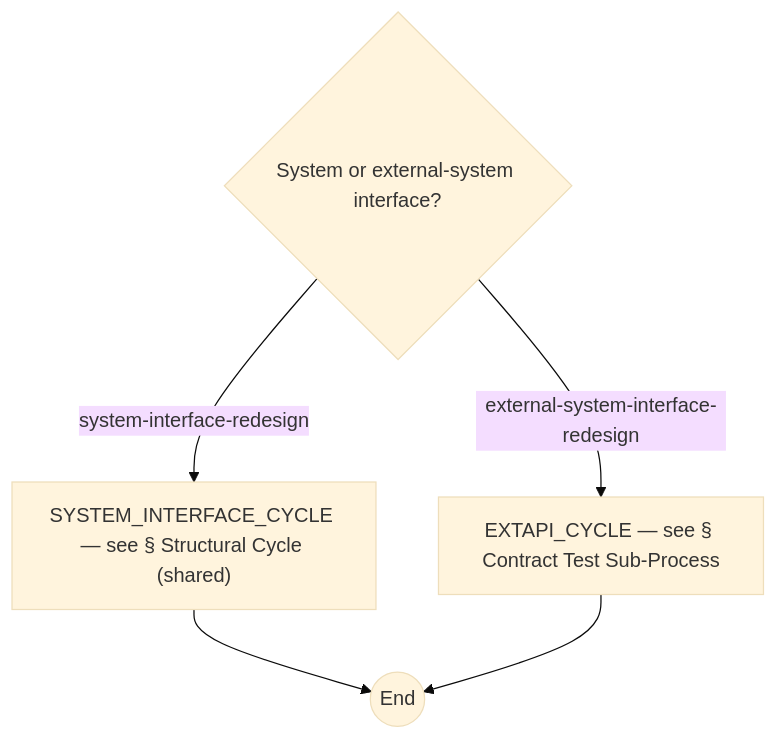
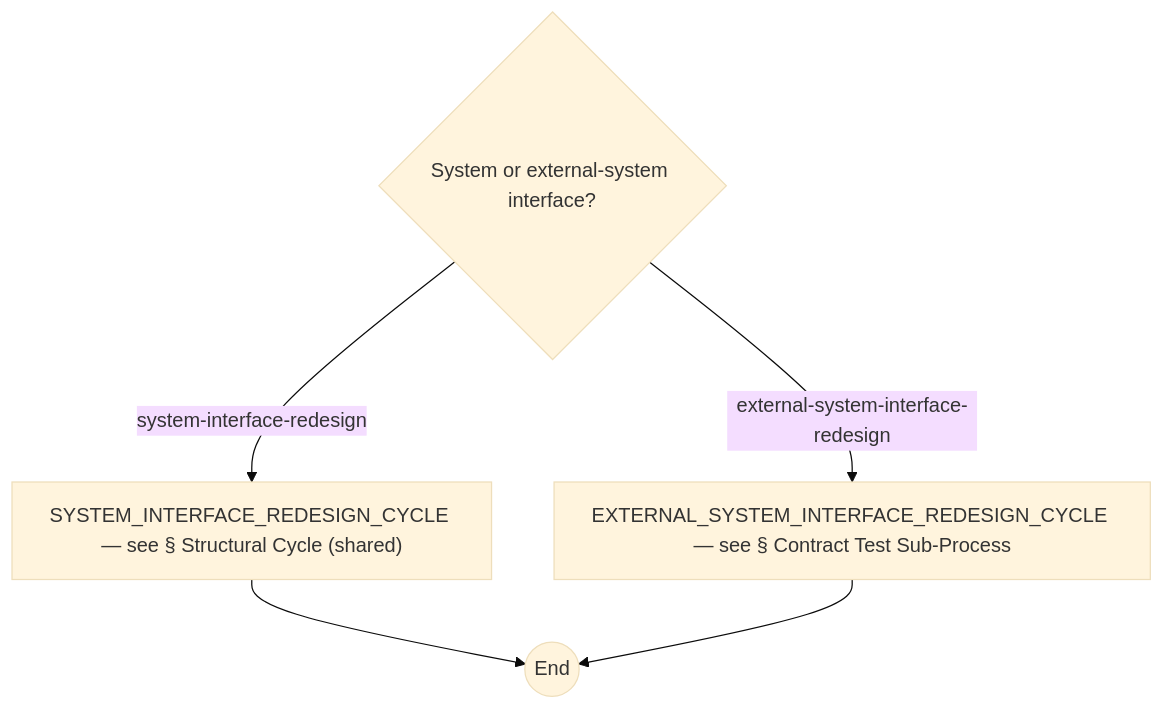
Diagram 11 of 12 in docs/process-diagram.md (optivem/gh-optivem), drawn with Mermaid (base theme) before and after one commit. The commit also changed 16 other files, not shown here.

Commit message:
atdd: rename DA-cycle nodes — SYSTEM_INTERFACE_CYCLE → SYSTEM_INTERFACE_REDESIGN_CYCLE, EXTAPI_CYCLE → EXTERNAL_SYSTEM_INTERFACE_REDESIGN_CYCLE

````diff
--- a/docs/process-diagram.md
+++ b/docs/process-diagram.md
@@ -267,12 +267,12 @@
 ```mermaid
 flowchart TD
     DA_END((End))
-    EXTAPI_CYCLE[EXTAPI_CYCLE — see § Contract Test Sub-Process]
+    EXTERNAL_SYSTEM_INTERFACE_REDESIGN_CYCLE[EXTERNAL_SYSTEM_INTERFACE_REDESIGN_CYCLE — see § Contract Test Sub-Process]
     GATE_SUBTYPE{System or external-system interface?}
-    SYSTEM_INTERFACE_CYCLE["SYSTEM_INTERFACE_CYCLE — see § Structural Cycle (shared)"]
+    SYSTEM_INTERFACE_REDESIGN_CYCLE["SYSTEM_INTERFACE_REDESIGN_CYCLE — see § Structural Cycle (shared)"]
 
-    GATE_SUBTYPE -- system-interface-redesign --> SYSTEM_INTERFACE_CYCLE
-    GATE_SUBTYPE -- external-system-interface-redesign --> EXTAPI_CYCLE
-    SYSTEM_INTERFACE_CYCLE --> DA_END
-    EXTAPI_CYCLE --> DA_END
+    GATE_SUBTYPE -- system-interface-redesign --> SYSTEM_INTERFACE_REDESIGN_CYCLE
+    GATE_SUBTYPE -- external-system-interface-redesign --> EXTERNAL_SYSTEM_INTERFACE_REDESIGN_CYCLE
+    SYSTEM_INTERFACE_REDESIGN_CYCLE --> DA_END
+    EXTERNAL_SYSTEM_INTERFACE_REDESIGN_CYCLE --> DA_END
 ```
````
